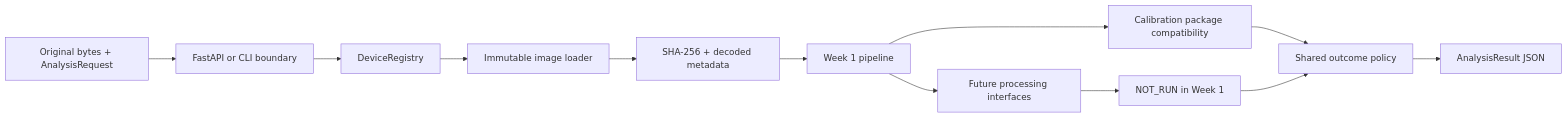
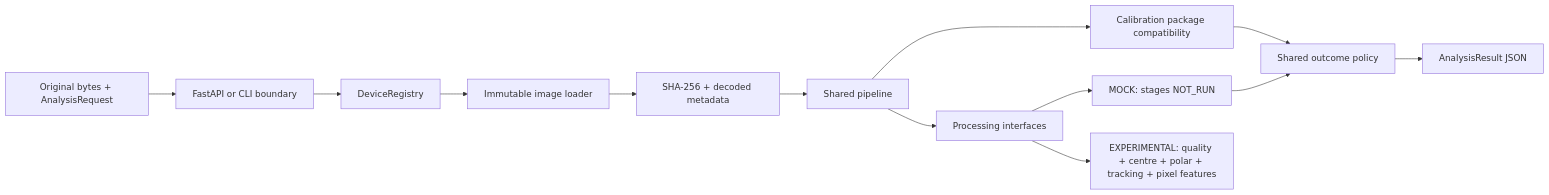
The diagram in docs/architecture.md (Madhumasa84/Kero), drawn with Mermaid before and after one commit. The commit also changed other lines of this file and 28 other files, not shown here.

First line of the commit message:
feat: implement experimental pipeline and full-frame ring processing

````diff
--- a/docs/architecture.md
+++ b/docs/architecture.md
@@ -7,14 +7,15 @@
 ```mermaid
 flowchart LR
     A[Original bytes + AnalysisRequest] --> B[FastAPI or CLI boundary]
     B --> C[DeviceRegistry]
     C --> D[Immutable image loader]
     D --> E[SHA-256 + decoded metadata]
-    E --> F[Week 1 pipeline]
+    E --> F[Shared pipeline]
     F --> G[Calibration package compatibility]
-    F --> H[Future processing interfaces]
-    H --> I[NOT_RUN in Week 1]
+    F --> H[Processing interfaces]
+    H --> I[MOCK: stages NOT_RUN]
+    H --> X[EXPERIMENTAL: quality + centre + polar + tracking + pixel features]
     G --> J[Shared outcome policy]
     I --> J
     J --> K[AnalysisResult JSON]
 ```
````
